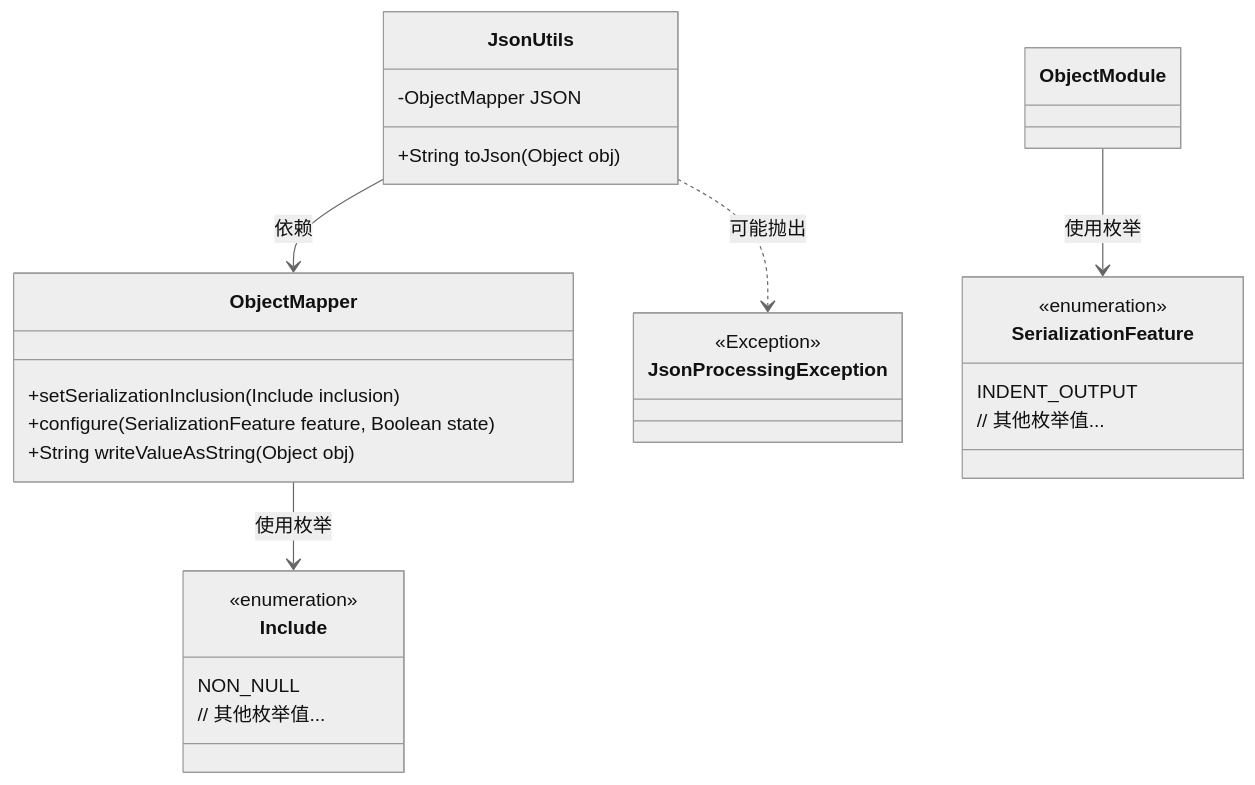
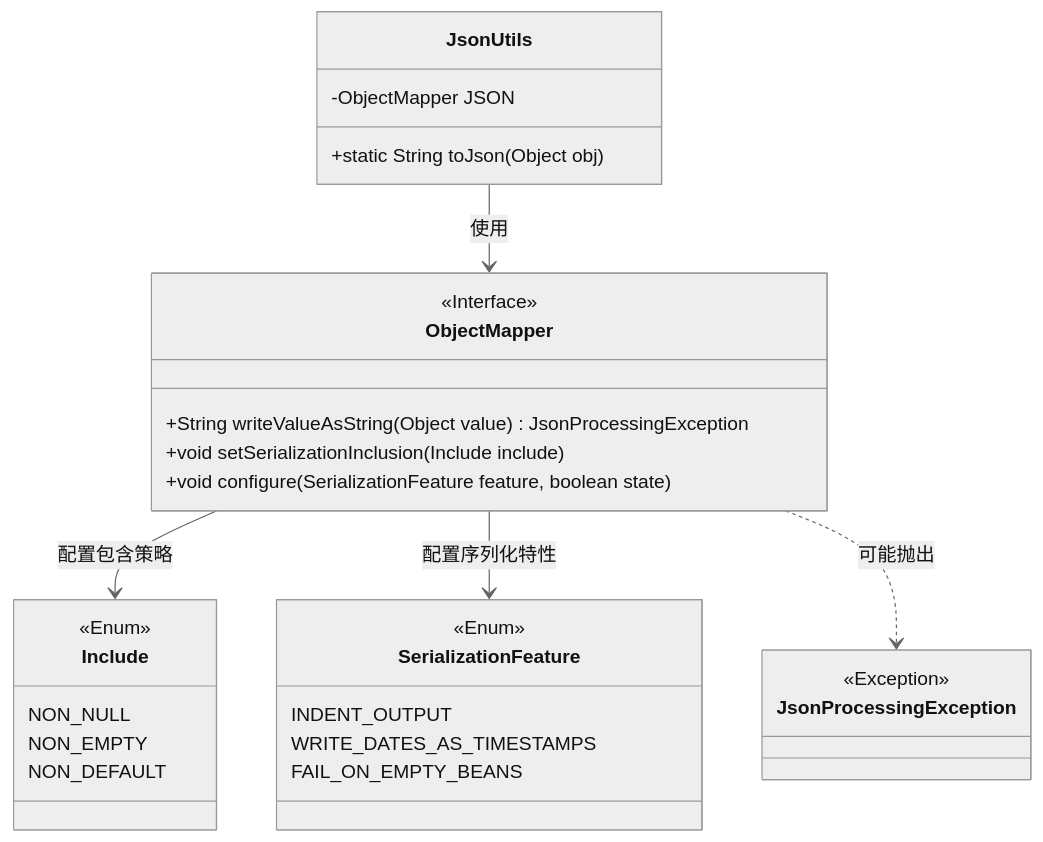
One commit to v-wjrong/imrrong_weixin-java-miniapp-demo changed the first of 2 diagrams in docs/zh/docs/src/main/java/com/github/binarywang/demo/wx/miniapp/utils/JsonUtils.md. Above: the diagram before and after it, drawn with Mermaid (neutral theme). The commit also changed other lines of this file and 51 other files, not shown here.

````diff
--- a/docs/zh/docs/src/main/java/com/github/binarywang/demo/wx/miniapp/utils/JsonUtils.md
+++ b/docs/zh/docs/src/main/java/com/github/binarywang/demo/wx/miniapp/utils/JsonUtils.md
@@ -36,30 +36,37 @@
 ```mermaid
 classDiagram
     class JsonUtils {
         -ObjectMapper JSON
-        +String toJson(Object obj)
+        +static String toJson(Object obj)
     }
+    
     class ObjectMapper {
-        +setSerializationInclusion(Include inclusion)
-        +configure(SerializationFeature feature, Boolean state)
-        +String writeValueAsString(Object obj)
+        <<Interface>>
+        +String writeValueAsString(Object value) JsonProcessingException
+        +void setSerializationInclusion(Include include)
+        +void configure(SerializationFeature feature, boolean state)
     }
+    
     class Include {
-        <<enumeration>>
+        <<Enum>>
         NON_NULL
-        // 其他枚举值...
+        NON_EMPTY
+        NON_DEFAULT
     }
+    
     class SerializationFeature {
-        <<enumeration>>
+        <<Enum>>
         INDENT_OUTPUT
-        // 其他枚举值...
+        WRITE_DATES_AS_TIMESTAMPS
+        FAIL_ON_EMPTY_BEANS
     }
+    
     class JsonProcessingException {
         <<Exception>>
     }
-
-    JsonUtils --> ObjectMapper : 依赖
-    ObjectMapper --> Include : 使用枚举
-    ObjectModule --> SerializationFeature : 使用枚举
-    JsonUtils ..> JsonProcessingException : 可能抛出
+    
+    JsonUtils --> ObjectMapper : 使用
+    ObjectMapper --> Include : 配置包含策略
+    ObjectMapper --> SerializationFeature : 配置序列化特性
+    ObjectMapper ..> JsonProcessingException : 可能抛出
 ```
````
